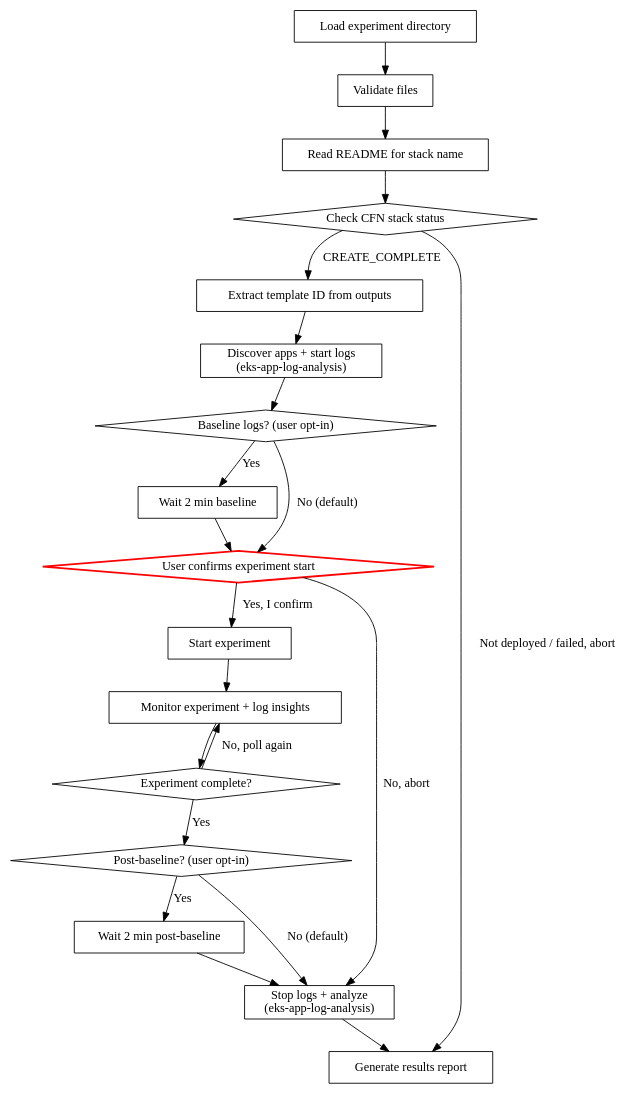
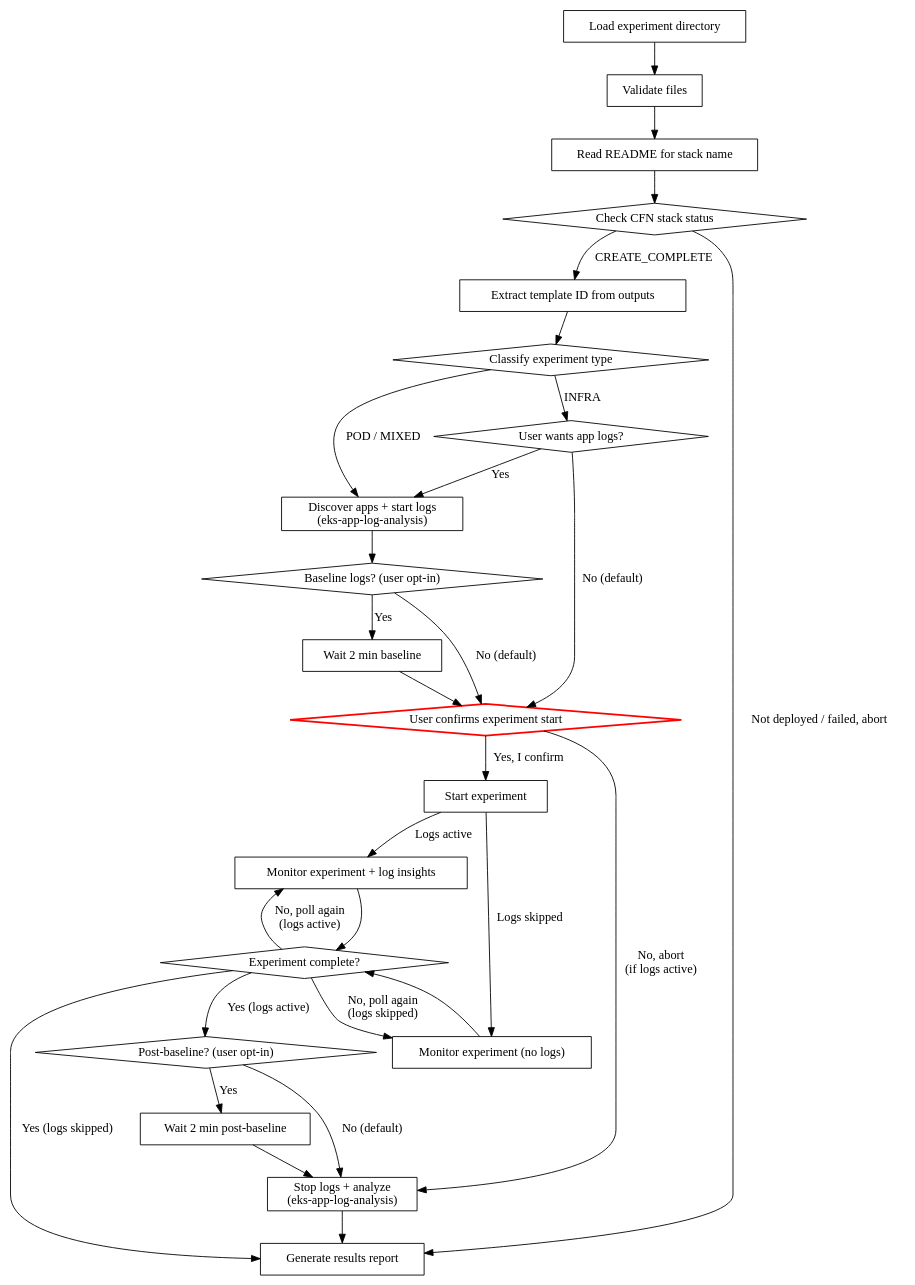
The diagram in aws-fis-experiment-execute/SKILL.md (panlm/skills), drawn with Graphviz before and after one commit. The commit also changed other lines of this file, not shown here.

First line of the commit message:
enhance: conditional app log collection based on FIS action type in execute skill

````diff
--- a/aws-fis-experiment-execute/SKILL.md
+++ b/aws-fis-experiment-execute/SKILL.md
@@ -38,41 +38,52 @@
 ```dot
 digraph execute_flow {
     "Load experiment directory" [shape=box];
     "Validate files" [shape=box];
     "Read README for stack name" [shape=box];
     "Check CFN stack status" [shape=diamond];
     "Extract template ID from outputs" [shape=box];
+    "Classify experiment type" [shape=diamond];
     "Discover apps + start logs\n(eks-app-log-analysis)" [shape=box];
+    "User wants app logs?" [shape=diamond];
     "Baseline logs? (user opt-in)" [shape=diamond];
     "Wait 2 min baseline" [shape=box];
     "User confirms experiment start" [shape=diamond, style=bold, color=red];
     "Start experiment" [shape=box];
     "Monitor experiment + log insights" [shape=box];
+    "Monitor experiment (no logs)" [shape=box];
     "Experiment complete?" [shape=diamond];
     "Post-baseline? (user opt-in)" [shape=diamond];
     "Wait 2 min post-baseline" [shape=box];
     "Stop logs + analyze\n(eks-app-log-analysis)" [shape=box];
     "Generate results report" [shape=box];
 
     "Load experiment directory" -> "Validate files";
     "Validate files" -> "Read README for stack name";
     "Read README for stack name" -> "Check CFN stack status";
     "Check CFN stack status" -> "Extract template ID from outputs" [label="CREATE_COMPLETE"];
     "Check CFN stack status" -> "Generate results report" [label="Not deployed / failed, abort"];
-    "Extract template ID from outputs" -> "Discover apps + start logs\n(eks-app-log-analysis)";
+    "Extract template ID from outputs" -> "Classify experiment type";
+    "Classify experiment type" -> "Discover apps + start logs\n(eks-app-log-analysis)" [label="POD / MIXED"];
+    "Classify experiment type" -> "User wants app logs?" [label="INFRA"];
+    "User wants app logs?" -> "Discover apps + start logs\n(eks-app-log-analysis)" [label="Yes"];
+    "User wants app logs?" -> "User confirms experiment start" [label="No (default)"];
     "Discover apps + start logs\n(eks-app-log-analysis)" -> "Baseline logs? (user opt-in)";
     "Baseline logs? (user opt-in)" -> "Wait 2 min baseline" [label="Yes"];
     "Baseline logs? (user opt-in)" -> "User confirms experiment start" [label="No (default)"];
     "Wait 2 min baseline" -> "User confirms experiment start";
     "User confirms experiment start" -> "Start experiment" [label="Yes, I confirm"];
-    "User confirms experiment start" -> "Stop logs + analyze\n(eks-app-log-analysis)" [label="No, abort"];
-    "Start experiment" -> "Monitor experiment + log insights";
+    "User confirms experiment start" -> "Stop logs + analyze\n(eks-app-log-analysis)" [label="No, abort\n(if logs active)"];
+    "Start experiment" -> "Monitor experiment + log insights" [label="Logs active"];
+    "Start experiment" -> "Monitor experiment (no logs)" [label="Logs skipped"];
     "Monitor experiment + log insights" -> "Experiment complete?";
-    "Experiment complete?" -> "Monitor experiment + log insights" [label="No, poll again"];
-    "Experiment complete?" -> "Post-baseline? (user opt-in)" [label="Yes"];
+    "Monitor experiment (no logs)" -> "Experiment complete?";
+    "Experiment complete?" -> "Monitor experiment + log insights" [label="No, poll again\n(logs active)"];
+    "Experiment complete?" -> "Monitor experiment (no logs)" [label="No, poll again\n(logs skipped)"];
+    "Experiment complete?" -> "Post-baseline? (user opt-in)" [label="Yes (logs active)"];
+    "Experiment complete?" -> "Generate results report" [label="Yes (logs skipped)"];
     "Post-baseline? (user opt-in)" -> "Wait 2 min post-baseline" [label="Yes"];
     "Post-baseline? (user opt-in)" -> "Stop logs + analyze\n(eks-app-log-analysis)" [label="No (default)"];
     "Wait 2 min post-baseline" -> "Stop logs + analyze\n(eks-app-log-analysis)";
     "Stop logs + analyze\n(eks-app-log-analysis)" -> "Generate results report";
 }
 ```
````
